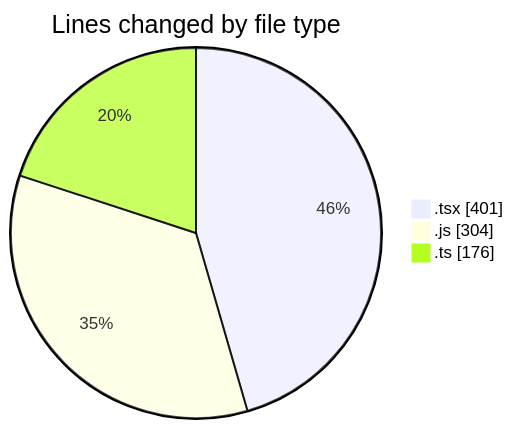
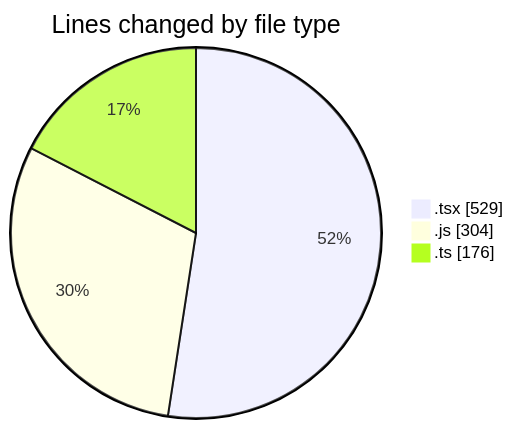
Before and after one commit to momahboobian/code-tracking: the first of 2 diagrams in 2025-02-26/cda/README.md, drawn with Mermaid. The commit also changed other lines of this file and 1 other file, not shown here.

````diff
--- a/2025-02-26/cda/README.md
+++ b/2025-02-26/cda/README.md
@@ -30,7 +30,7 @@
 ```mermaid
 pie showData
 title Lines changed by file type
-".tsx" : 401
+".tsx" : 529
 ".js" : 304
 ".ts" : 176
 ```
````
